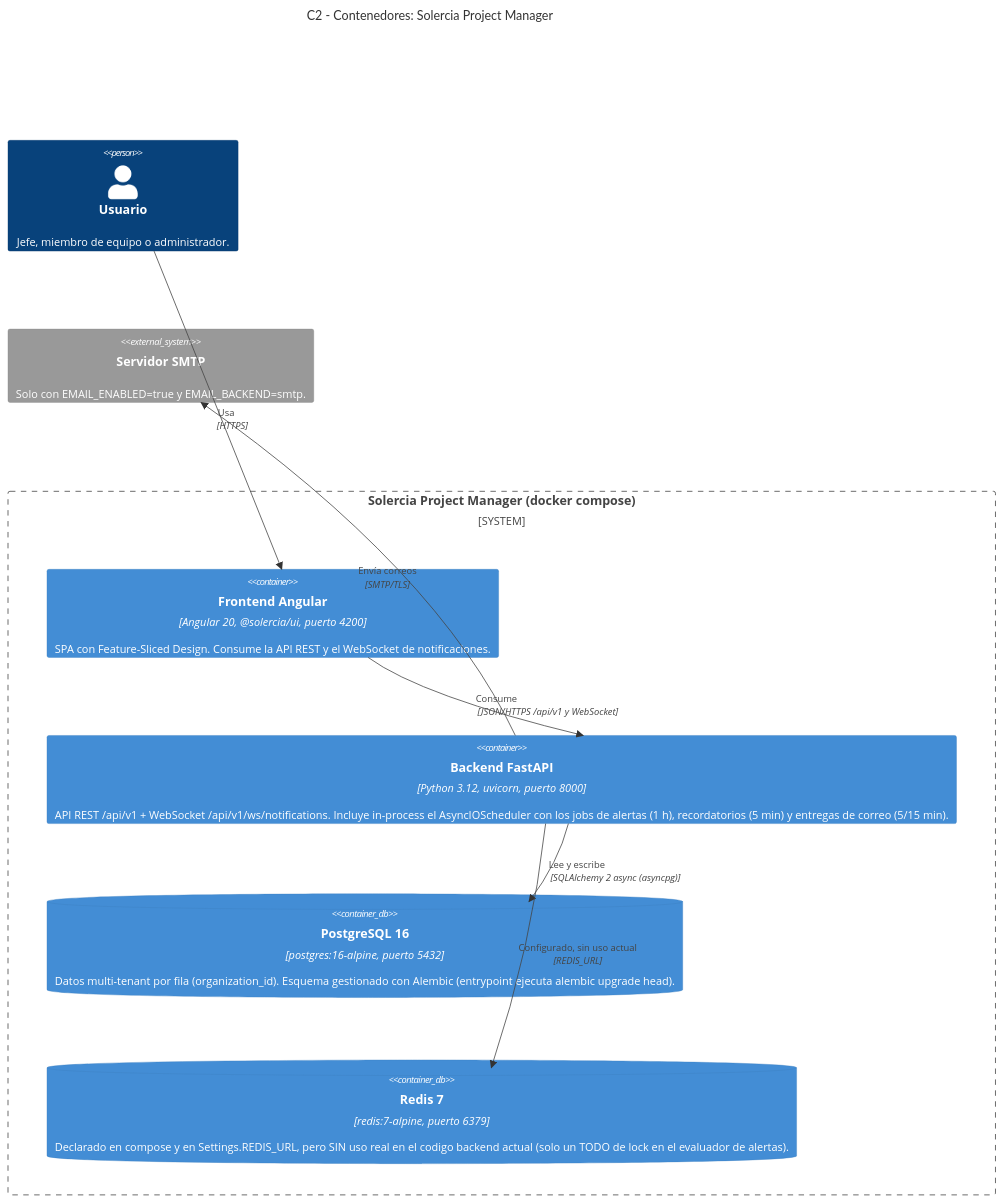
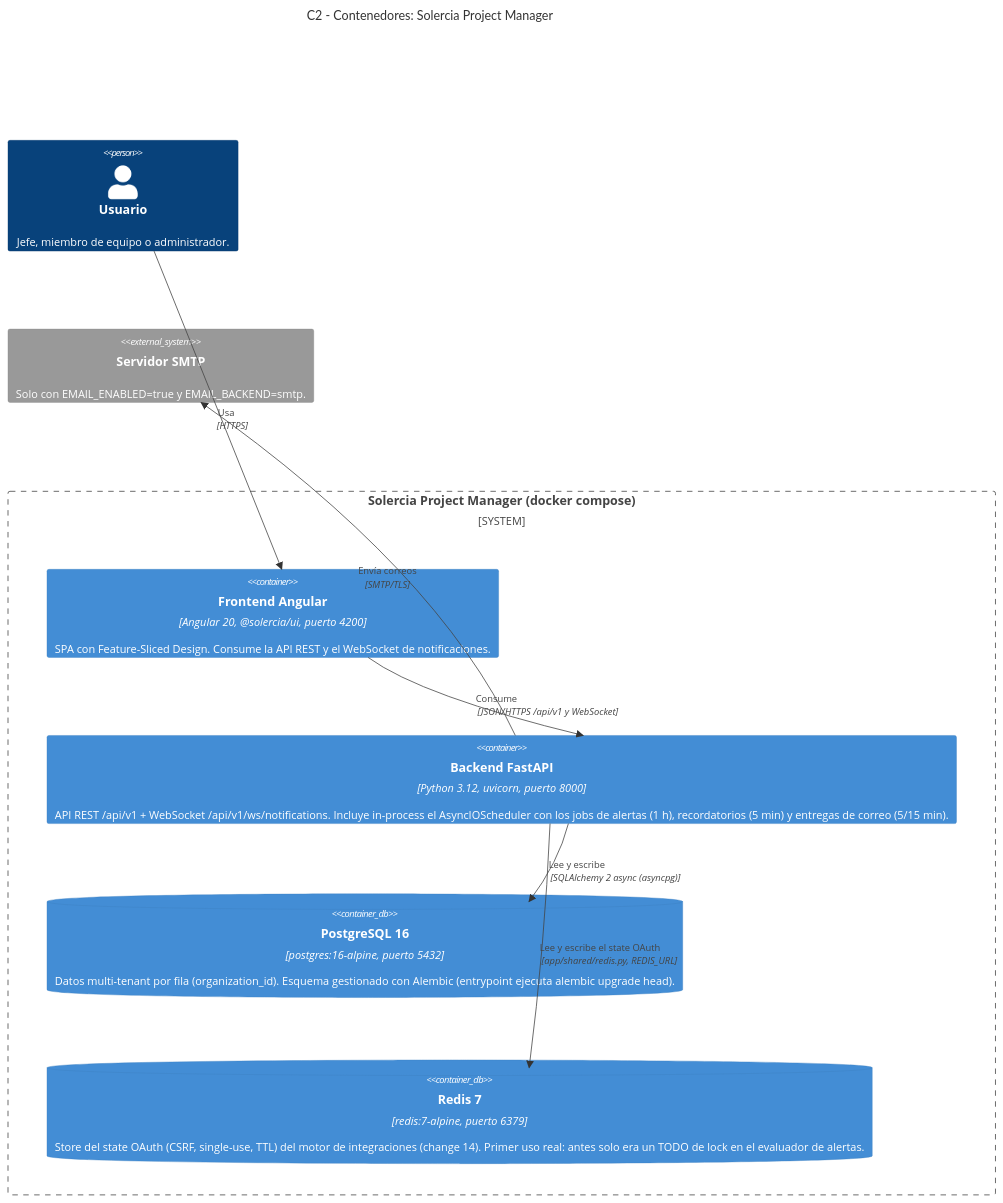
One commit to solercia-solutions/solercia-command changed the second of 3 diagrams in docs/diagrams/c4-architecture.md. Above: the diagram before and after it, drawn with Mermaid. The commit also changed other lines of this file and 8 other files, not shown here.

````diff
--- a/docs/diagrams/c4-architecture.md
+++ b/docs/diagrams/c4-architecture.md
@@ -50,21 +50,21 @@
 ```mermaid
 C4Container
     title C2 - Contenedores: Solercia Project Manager
 
     Person(usuario, "Usuario", "Jefe, miembro de equipo o administrador.")
 
     System_Boundary(spm, "Solercia Project Manager (docker compose)") {
         Container(frontend, "Frontend Angular", "Angular 20, @solercia/ui, puerto 4200", "SPA con Feature-Sliced Design. Consume la API REST y el WebSocket de notificaciones.")
         Container(backend, "Backend FastAPI", "Python 3.12, uvicorn, puerto 8000", "API REST /api/v1 + WebSocket /api/v1/ws/notifications. Incluye in-process el AsyncIOScheduler con los jobs de alertas (1 h), recordatorios (5 min) y entregas de correo (5/15 min).")
         ContainerDb(postgres, "PostgreSQL 16", "postgres:16-alpine, puerto 5432", "Datos multi-tenant por fila (organization_id). Esquema gestionado con Alembic (entrypoint ejecuta alembic upgrade head).")
-        ContainerDb(redis, "Redis 7", "redis:7-alpine, puerto 6379", "Declarado en compose y en Settings.REDIS_URL, pero SIN uso real en el codigo backend actual (solo un TODO de lock en el evaluador de alertas).")
+        ContainerDb(redis, "Redis 7", "redis:7-alpine, puerto 6379", "Store del state OAuth (CSRF, single-use, TTL) del motor de integraciones (change 14). Primer uso real: antes solo era un TODO de lock en el evaluador de alertas.")
     }
 
     System_Ext(smtp, "Servidor SMTP", "Solo con EMAIL_ENABLED=true y EMAIL_BACKEND=smtp.")
 
     Rel(usuario, frontend, "Usa", "HTTPS")
     Rel(frontend, backend, "Consume", "JSON/HTTPS /api/v1 y WebSocket")
     Rel(backend, postgres, "Lee y escribe", "SQLAlchemy 2 async (asyncpg)")
-    Rel(backend, redis, "Configurado, sin uso actual", "REDIS_URL")
+    Rel(backend, redis, "Lee y escribe el state OAuth", "app/shared/redis.py, REDIS_URL")
     Rel(backend, smtp, "Envía correos", "SMTP/TLS")
 ```
````
